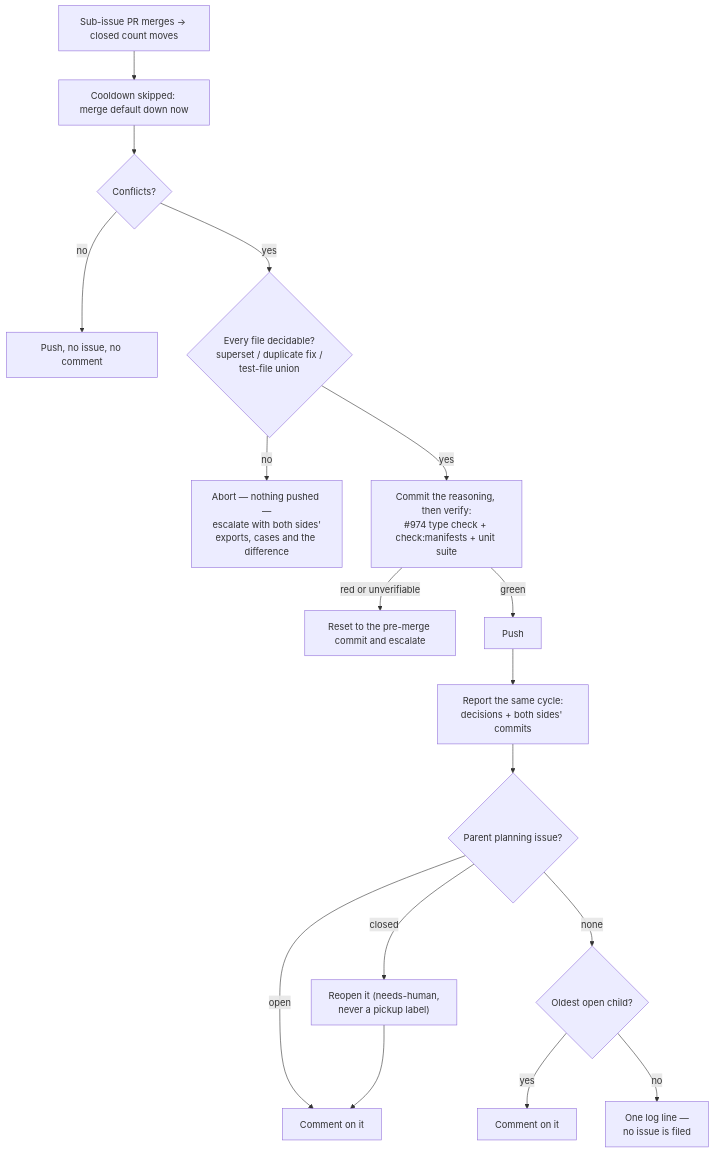
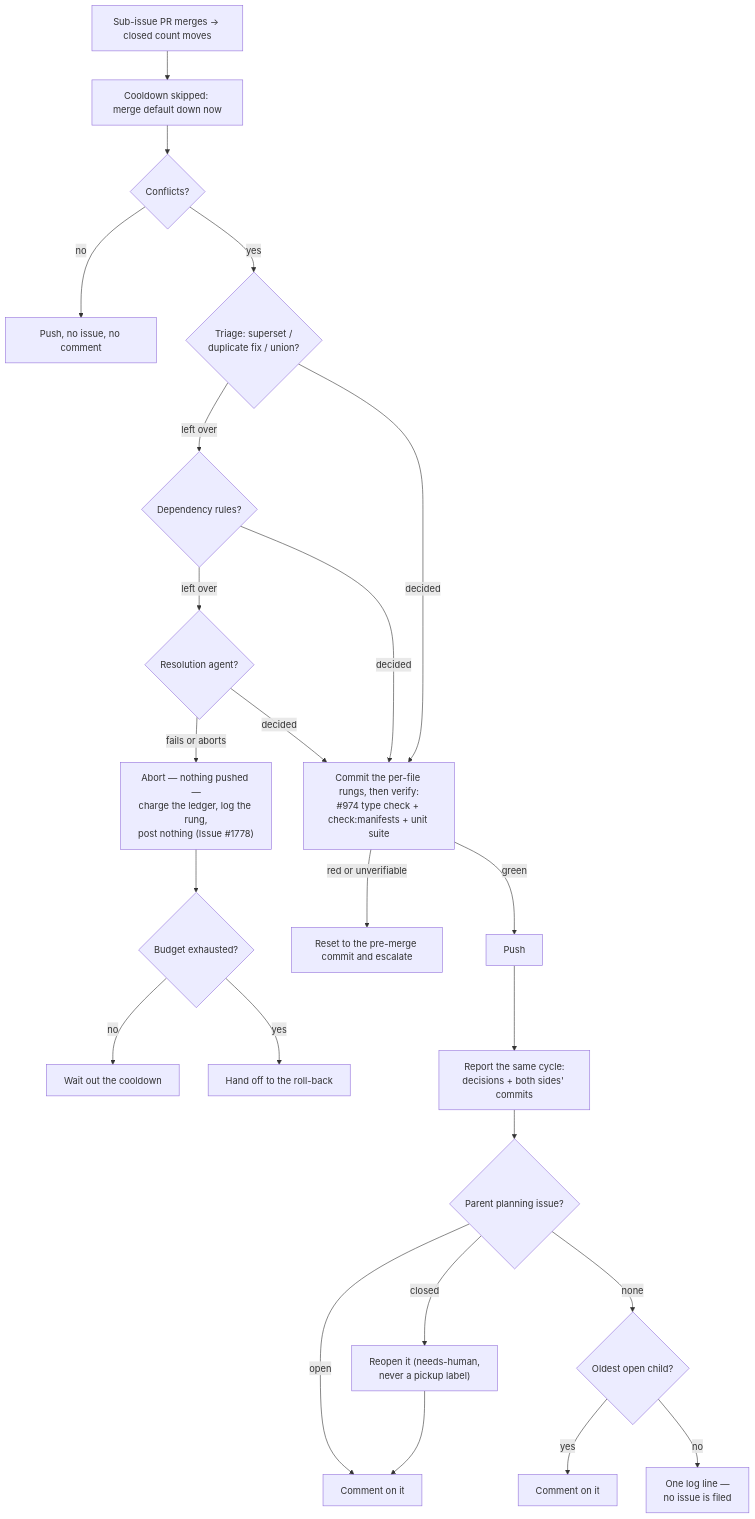
Diagram 30 of 36 in docs/INTERNALS.md (stSoftwareAU/VibeCoder), drawn with Mermaid before and after one commit. The commit also changed other lines of this file and 149 other files, not shown here.

First line of the commit message:
Resolve merge conflicts without humans: sync milestone often, roll back if stuck (Issue #1730) (#1895)

````diff
--- a/docs/INTERNALS.md
+++ b/docs/INTERNALS.md
@@ -3150,18 +3265,25 @@
 ```mermaid
 flowchart TD
     A[Sub-issue PR merges → closed count moves] --> B[Cooldown skipped: merge default down now]
     B --> C{Conflicts?}
     C -- no --> D[Push, no issue, no comment]
-    C -- yes --> T{"Every file decidable?<br/>superset / duplicate fix /<br/>test-file union"}
-    T -- no --> X["Abort — nothing pushed —<br/>escalate with both sides'<br/>exports, cases and the difference"]
-    T -- yes --> V["Commit the reasoning, then verify:<br/>#974 type check + check:manifests + unit suite"]
+    C -- yes --> T{"Triage: superset /<br/>duplicate fix / union?"}
+    T -- "left over" --> RU{"Dependency rules?"}
+    RU -- "left over" --> AG{"Resolution agent?"}
+    AG -- "fails or aborts" --> X["Abort — nothing pushed —<br/>charge the ledger, log the rung,<br/>post nothing (Issue #1778)"]
+    X --> XB{"Budget exhausted?"}
+    XB -- "no" --> XW["Wait out the cooldown"]
+    XB -- "yes" --> XR["Hand off to the roll-back"]
+    AG -- decided --> V["Commit the per-file rungs, then verify:<br/>#974 type check + check:manifests + unit suite"]
+    T -- decided --> V
+    RU -- decided --> V
     V -- red or unverifiable --> R[Reset to the pre-merge commit and escalate]
     V -- green --> P[Push]
     P --> F["Report the same cycle:<br/>decisions + both sides' commits"]
     F --> G{Parent planning issue?}
     G -- open --> H[Comment on it]
     G -- closed --> RO["Reopen it (needs-human,<br/>never a pickup label)"] --> H
     G -- none --> C2{Oldest open child?}
     C2 -- yes --> H2[Comment on it]
     C2 -- no --> L["One log line —<br/>no issue is filed"]
 ```
````
